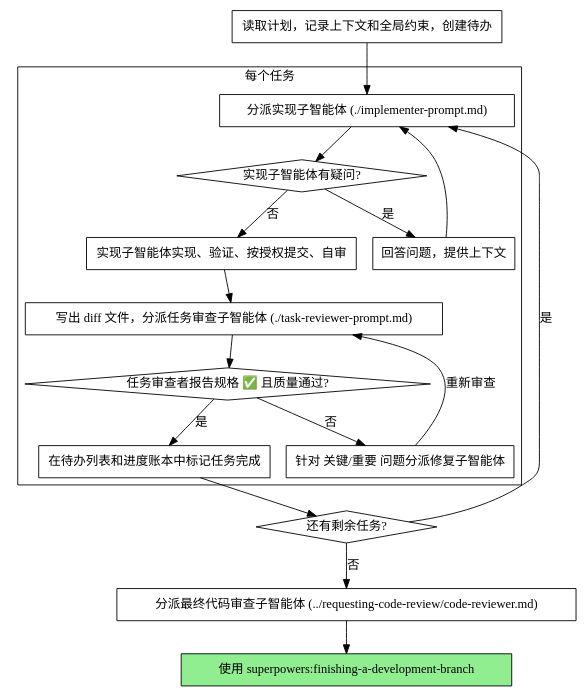
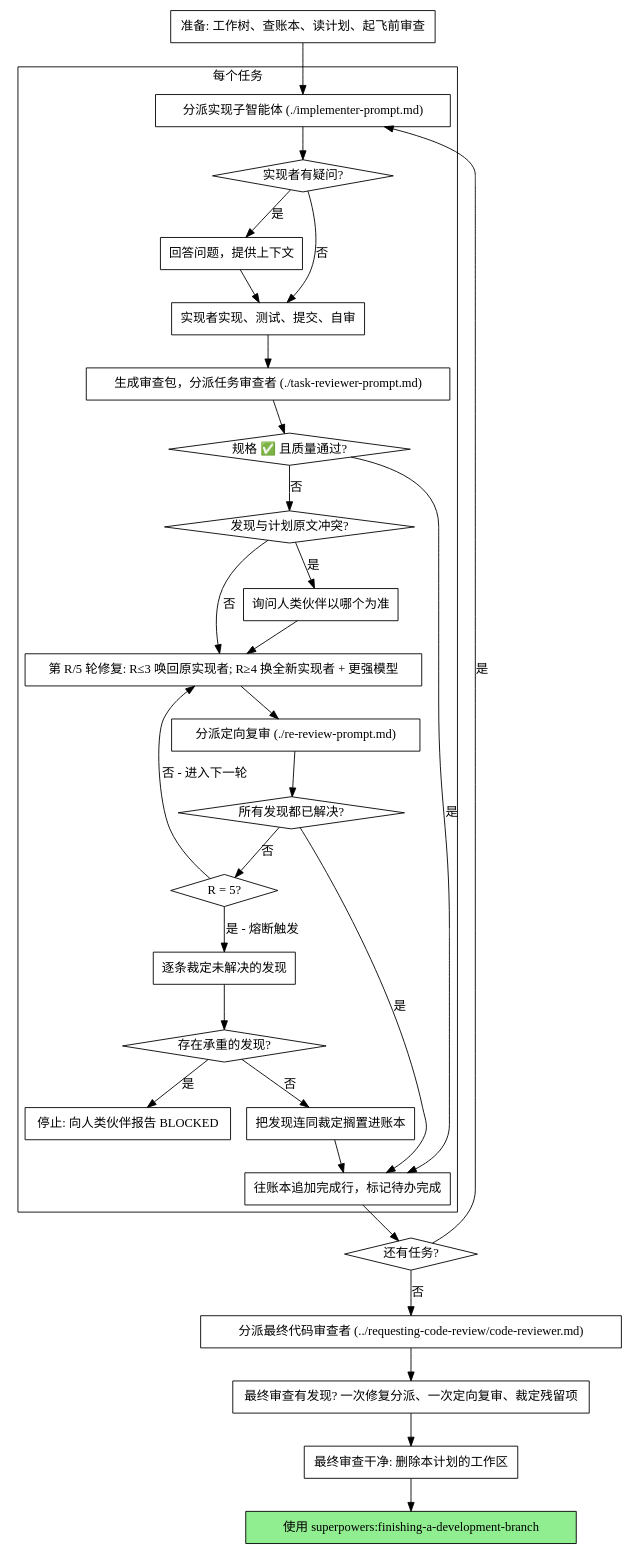
One commit to vapor19920414-art/superpowers-zh-codex changed the second of 2 diagrams in subagent-driven-development/SKILL.md. Above: the diagram before and after it, drawn with Graphviz. The commit also changed other lines of this file and 15 other files, not shown here.

````diff
--- a/subagent-driven-development/SKILL.md
+++ b/subagent-driven-development/SKILL.md
@@ -51,37 +53,62 @@
 ```dot
 digraph process {
     rankdir=TB;
 
     subgraph cluster_per_task {
         label="每个任务";
         "分派实现子智能体 (./implementer-prompt.md)" [shape=box];
-        "实现子智能体有疑问?" [shape=diamond];
+        "实现者有疑问?" [shape=diamond];
         "回答问题，提供上下文" [shape=box];
-        "实现子智能体实现、验证、按授权提交、自审" [shape=box];
-        "写出 diff 文件，分派任务审查子智能体 (./task-reviewer-prompt.md)" [shape=box];
-        "任务审查者报告规格 ✅ 且质量通过?" [shape=diamond];
-        "针对 关键/重要 问题分派修复子智能体" [shape=box];
-        "在待办列表和进度账本中标记任务完成" [shape=box];
+        "实现者实现、测试、提交、自审" [shape=box];
+        "生成审查包，分派任务审查者 (./task-reviewer-prompt.md)" [shape=box];
+        "规格 ✅ 且质量通过?" [shape=diamond];
+        "发现与计划原文冲突?" [shape=diamond];
+        "询问人类伙伴以哪个为准" [shape=box];
+        "第 R/5 轮修复: R≤3 唤回原实现者; R≥4 换全新实现者 + 更强模型" [shape=box];
+        "分派定向复审 (./re-review-prompt.md)" [shape=box];
+        "所有发现都已解决?" [shape=diamond];
+        "R = 5?" [shape=diamond];
+        "逐条裁定未解决的发现" [shape=box];
+        "存在承重的发现?" [shape=diamond];
+        "停止: 向人类伙伴报告 BLOCKED" [shape=box];
+        "把发现连同裁定搁置进账本" [shape=box];
+        "往账本追加完成行，标记待办完成" [shape=box];
     }
 
-    "读取计划，记录上下文和全局约束，创建待办" [shape=box];
-    "还有剩余任务?" [shape=diamond];
-    "分派最终代码审查子智能体 (../requesting-code-review/code-reviewer.md)" [shape=box];
+    "准备: 工作树、查账本、读计划、起飞前审查" [shape=box];
+    "还有任务?" [shape=diamond];
+    "分派最终代码审查者 (../requesting-code-review/code-reviewer.md)" [shape=box];
+    "最终审查有发现? 一次修复分派、一次定向复审、裁定残留项" [shape=box];
+    "最终审查干净: 删除本计划的工作区" [shape=box];
     "使用 superpowers:finishing-a-development-branch" [shape=box style=filled fillcolor=lightgreen];
 
-    "读取计划，记录上下文和全局约束，创建待办" -> "分派实现子智能体 (./implementer-prompt.md)";
-    "分派实现子智能体 (./implementer-prompt.md)" -> "实现子智能体有疑问?";
-    "实现子智能体有疑问?" -> "回答问题，提供上下文" [label="是"];
-    "回答问题，提供上下文" -> "分派实现子智能体 (./implementer-prompt.md)";
-    "实现子智能体有疑问?" -> "实现子智能体实现、验证、按授权提交、自审" [label="否"];
-    "实现子智能体实现、验证、按授权提交、自审" -> "写出 diff 文件，分派任务审查子智能体 (./task-reviewer-prompt.md)";
-    "写出 diff 文件，分派任务审查子智能体 (./task-reviewer-prompt.md)" -> "任务审查者报告规格 ✅ 且质量通过?";
-    "任务审查者报告规格 ✅ 且质量通过?" -> "针对 关键/重要 问题分派修复子智能体" [label="否"];
-    "针对 关键/重要 问题分派修复子智能体" -> "写出 diff 文件，分派任务审查子智能体 (./task-reviewer-prompt.md)" [label="重新审查"];
-    "任务审查者报告规格 ✅ 且质量通过?" -> "在待办列表和进度账本中标记任务完成" [label="是"];
-    "在待办列表和进度账本中标记任务完成" -> "还有剩余任务?";
-    "还有剩余任务?" -> "分派实现子智能体 (./implementer-prompt.md)" [label="是"];
-    "还有剩余任务?" -> "分派最终代码审查子智能体 (../requesting-code-review/code-reviewer.md)" [label="否"];
-    "分派最终代码审查子智能体 (../requesting-code-review/code-reviewer.md)" -> "使用 superpowers:finishing-a-development-branch";
+    "准备: 工作树、查账本、读计划、起飞前审查" -> "分派实现子智能体 (./implementer-prompt.md)";
+    "分派实现子智能体 (./implementer-prompt.md)" -> "实现者有疑问?";
+    "实现者有疑问?" -> "回答问题，提供上下文" [label="是"];
+    "回答问题，提供上下文" -> "实现者实现、测试、提交、自审";
+    "实现者有疑问?" -> "实现者实现、测试、提交、自审" [label="否"];
+    "实现者实现、测试、提交、自审" -> "生成审查包，分派任务审查者 (./task-reviewer-prompt.md)";
+    "生成审查包，分派任务审查者 (./task-reviewer-prompt.md)" -> "规格 ✅ 且质量通过?";
+    "规格 ✅ 且质量通过?" -> "往账本追加完成行，标记待办完成" [label="是"];
+    "规格 ✅ 且质量通过?" -> "发现与计划原文冲突?" [label="否"];
+    "发现与计划原文冲突?" -> "询问人类伙伴以哪个为准" [label="是"];
+    "询问人类伙伴以哪个为准" -> "第 R/5 轮修复: R≤3 唤回原实现者; R≥4 换全新实现者 + 更强模型";
+    "发现与计划原文冲突?" -> "第 R/5 轮修复: R≤3 唤回原实现者; R≥4 换全新实现者 + 更强模型" [label="否"];
+    "第 R/5 轮修复: R≤3 唤回原实现者; R≥4 换全新实现者 + 更强模型" -> "分派定向复审 (./re-review-prompt.md)";
+    "分派定向复审 (./re-review-prompt.md)" -> "所有发现都已解决?";
+    "所有发现都已解决?" -> "往账本追加完成行，标记待办完成" [label="是"];
+    "所有发现都已解决?" -> "R = 5?" [label="否"];
+    "R = 5?" -> "第 R/5 轮修复: R≤3 唤回原实现者; R≥4 换全新实现者 + 更强模型" [label="否 - 进入下一轮"];
+    "R = 5?" -> "逐条裁定未解决的发现" [label="是 - 熔断触发"];
+    "逐条裁定未解决的发现" -> "存在承重的发现?";
+    "存在承重的发现?" -> "停止: 向人类伙伴报告 BLOCKED" [label="是"];
+    "存在承重的发现?" -> "把发现连同裁定搁置进账本" [label="否"];
+    "把发现连同裁定搁置进账本" -> "往账本追加完成行，标记待办完成";
+    "往账本追加完成行，标记待办完成" -> "还有任务?";
+    "还有任务?" -> "分派实现子智能体 (./implementer-prompt.md)" [label="是"];
+    "还有任务?" -> "分派最终代码审查者 (../requesting-code-review/code-reviewer.md)" [label="否"];
+    "分派最终代码审查者 (../requesting-code-review/code-reviewer.md)" -> "最终审查有发现? 一次修复分派、一次定向复审、裁定残留项";
+    "最终审查有发现? 一次修复分派、一次定向复审、裁定残留项" -> "最终审查干净: 删除本计划的工作区";
+    "最终审查干净: 删除本计划的工作区" -> "使用 superpowers:finishing-a-development-branch";
 }
 ```
````
